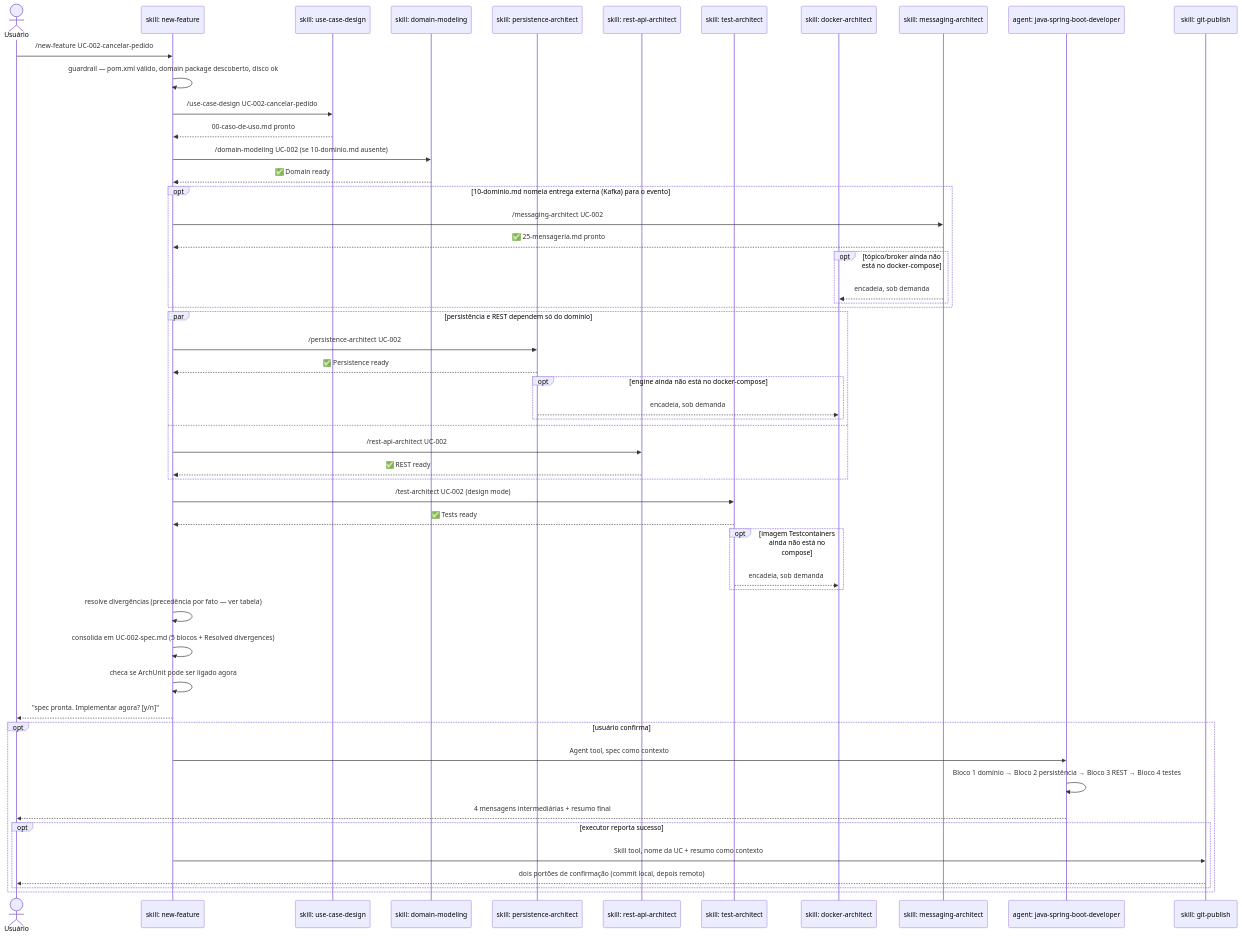
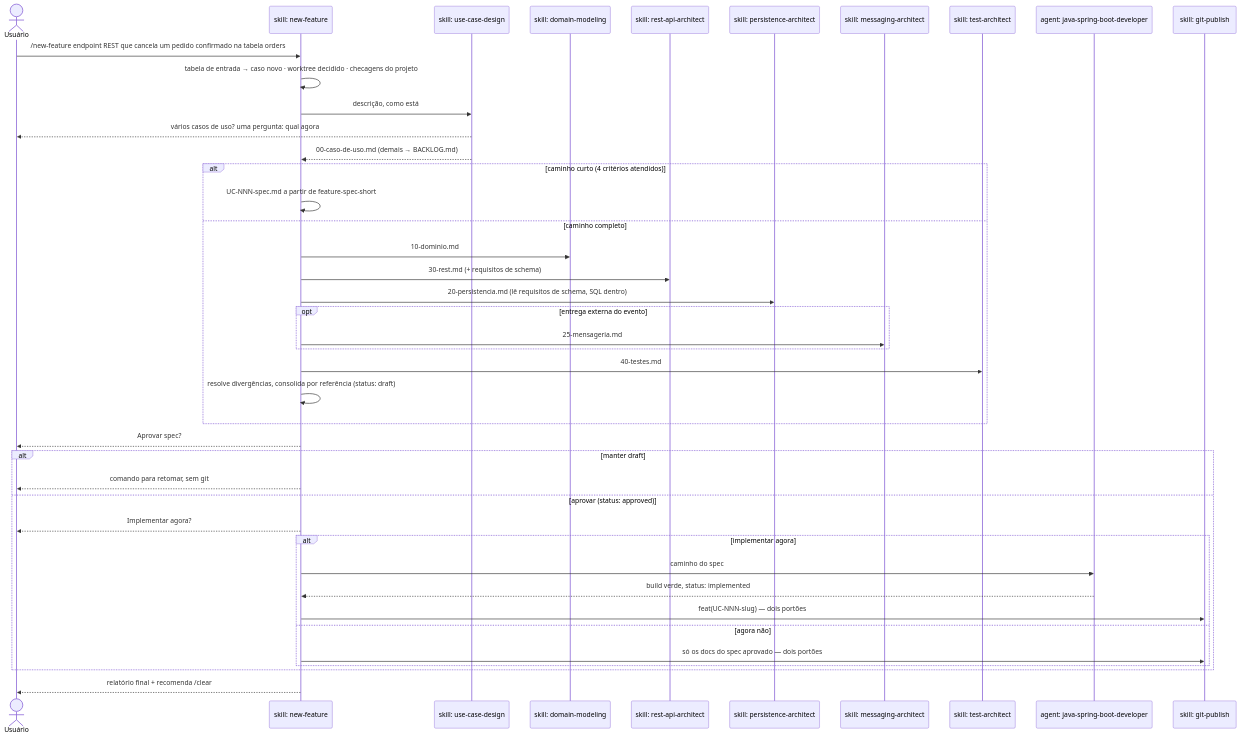
One commit to ice-lfernandes/claude-spring-architect changed the diagram in docs/03-new-feature.md. Above: the diagram before and after it, drawn with Mermaid. The commit also changed other lines of this file and 3 other files, not shown here.

Commit message:
docs: new /new-feature flow in user docs; promote decision 0037

````diff
--- a/docs/03-new-feature.md
+++ b/docs/03-new-feature.md
@@ -24,56 +51,45 @@
 ```mermaid
 sequenceDiagram
     actor U as Usuário
     participant NF as skill: new-feature
     participant UC as skill: use-case-design
     participant DOM as skill: domain-modeling
+    participant REST as skill: rest-api-architect
     participant PER as skill: persistence-architect
-    participant REST as skill: rest-api-architect
+    participant MSG as skill: messaging-architect
     participant TST as skill: test-architect
-    participant DOCK as skill: docker-architect
-    participant MSG as skill: messaging-architect
     participant DEV as agent: java-spring-boot-developer
     participant GIT as skill: git-publish
 
-    U->>NF: /new-feature UC-002-cancelar-pedido
-    NF->>NF: guardrail — pom.xml válido, domain package descoberto, disco ok
-    NF->>UC: /use-case-design UC-002-cancelar-pedido
-    UC-->>NF: 00-caso-de-uso.md pronto
-    NF->>DOM: /domain-modeling UC-002 (se 10-dominio.md ausente)
-    DOM-->>NF: ✅ Domain ready
-    opt 10-dominio.md nomeia entrega externa (Kafka) para o evento
-        NF->>MSG: /messaging-architect UC-002
-        MSG-->>NF: ✅ 25-mensageria.md pronto
-        opt tópico/broker ainda não está no docker-compose
-            MSG-->>DOCK: encadeia, sob demanda
+    U->>NF: /new-feature endpoint REST que cancela um pedido confirmado na tabela orders
+    NF->>NF: tabela de entrada → caso novo · worktree decidido · checagens do projeto
+    NF->>UC: descrição, como está
+    UC-->>U: vários casos de uso? uma pergunta: qual agora
+    UC-->>NF: 00-caso-de-uso.md (demais → BACKLOG.md)
+    alt caminho curto (4 critérios atendidos)
+        NF->>NF: UC-NNN-spec.md a partir de feature-spec-short
+    else caminho completo
+        NF->>DOM: 10-dominio.md
+        NF->>REST: 30-rest.md (+ requisitos de schema)
+        NF->>PER: 20-persistencia.md (lê requisitos de schema, SQL dentro)
+        opt entrega externa do evento
+            NF->>MSG: 25-mensageria.md
+        end
+        NF->>TST: 40-testes.md
+        NF->>NF: resolve divergências, consolida por referência (status: draft)
+    end
+    NF-->>U: Aprovar spec?
+    alt manter draft
+        NF-->>U: comando para retomar, sem git
+    else aprovar (status: approved)
+        NF-->>U: Implementar agora?
+        alt implementar agora
+            NF->>DEV: caminho do spec
+            DEV-->>NF: build verde, status: implemented
+            NF->>GIT: feat(UC-NNN-slug) — dois portões
+        else agora não
+            NF->>GIT: só os docs do spec aprovado — dois portões
         end
     end
-    par persistência e REST dependem só do domínio
-        NF->>PER: /persistence-architect UC-002
-        PER-->>NF: ✅ Persistence ready
-        opt engine ainda não está no docker-compose
-            PER-->>DOCK: encadeia, sob demanda
-        end
-    and
-        NF->>REST: /rest-api-architect UC-002
-        REST-->>NF: ✅ REST ready
-    end
-    NF->>TST: /test-architect UC-002 (design mode)
-    TST-->>NF: ✅ Tests ready
-    opt imagem Testcontainers ainda não está no compose
-        TST-->>DOCK: encadeia, sob demanda
-    end
-    NF->>NF: resolve divergências (precedência por fato — ver tabela)
-    NF->>NF: consolida em UC-002-spec.md (5 blocos + Resolved divergences)
-    NF->>NF: checa se ArchUnit pode ser ligado agora
-    NF-->>U: "spec pronta. Implementar agora? [y/n]"
-    opt usuário confirma
-        NF->>DEV: Agent tool, spec como contexto
-        DEV->>DEV: Bloco 1 domínio → Bloco 2 persistência → Bloco 3 REST → Bloco 4 testes
-        DEV-->>U: 4 mensagens intermediárias + resumo final
-        opt executor reporta sucesso
-            NF->>GIT: Skill tool, nome da UC + resumo como contexto
-            GIT-->>U: dois portões de confirmação (commit local, depois remoto)
-        end
-    end
+    NF-->>U: relatório final + recomenda /clear
 ```
````
